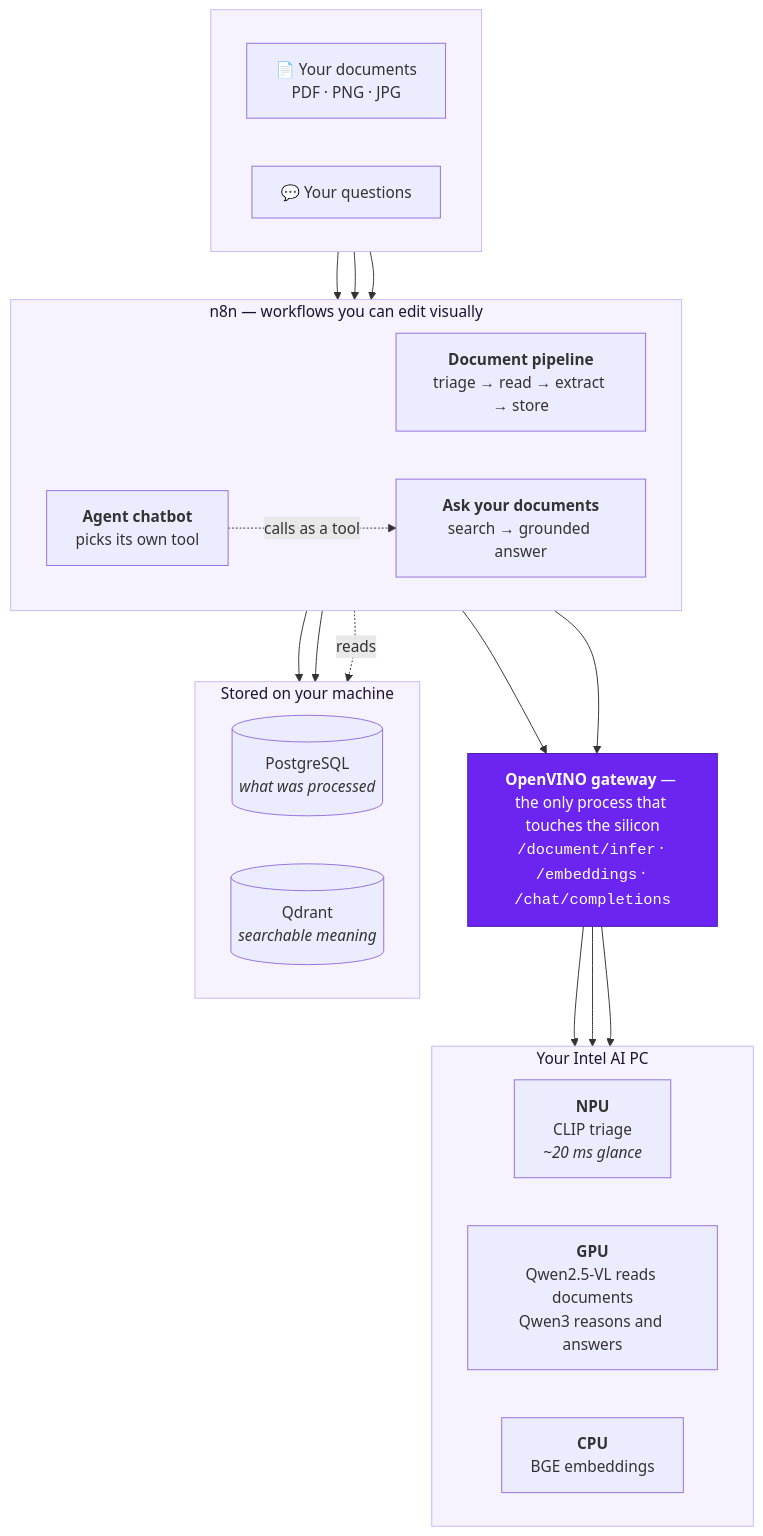
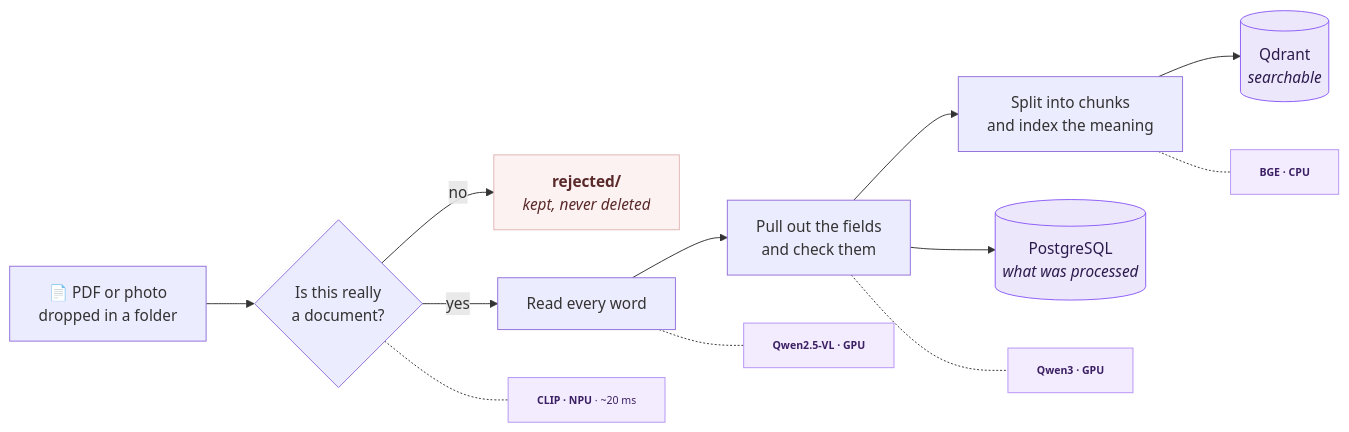
The first of 2 diagrams in README.md (Nandkishore-04/n8n-nodes-openvino), drawn with Mermaid before and after one commit. The commit also changed other lines of this file, not shown here.

Commit message:
Redraw the architecture diagrams
One component map became two journeys - what happens to a document, and
what happens when you ask a question. Reads left to right with no
crossing lines, and shows which chip does each step.

````diff
--- a/README.md
+++ b/README.md
@@ -55,45 +57,22 @@
 ```mermaid
-flowchart TB
-    subgraph you[" "]
-        direction LR
-        DOC["📄 Your documents<br/>PDF · PNG · JPG"]
-        Q["💬 Your questions"]
-    end
+flowchart LR
+    A["📄 PDF or photo<br/>dropped in a folder"] --> B{"Is this really<br/>a document?"}
+    B -->|no| R["<b>rejected/</b><br/><i>kept, never deleted</i>"]
+    B -->|yes| C["Read every word"]
+    C --> D["Pull out the fields<br/>and check them"]
+    D --> E["Split into chunks<br/>and index the meaning"]
+    E --> QD[("Qdrant<br/><i>searchable</i>")]
+    D --> PG[("PostgreSQL<br/><i>what was processed</i>")]
 
-    subgraph n8n["n8n — workflows you can edit visually"]
-        direction LR
-        WF1["<b>Document pipeline</b><br/>triage → read → extract → store"]
-        WF2["<b>Ask your documents</b><br/>search → grounded answer"]
-        AG["<b>Agent chatbot</b><br/>picks its own tool"]
-    end
+    B -.- b1["<b>CLIP · NPU</b> · ~20 ms"]
+    C -.- c1["<b>Qwen2.5-VL · GPU</b>"]
+    D -.- d1["<b>Qwen3 · GPU</b>"]
+    E -.- e1["<b>BGE · CPU</b>"]
 
-    GW["<b>OpenVINO gateway</b> — the only process that touches the silicon<br/><code>/document/infer</code> · <code>/embeddings</code> · <code>/chat/completions</code>"]
-
-    subgraph chips["Your Intel AI PC"]
-        direction LR
-        NPU["<b>NPU</b><br/>CLIP triage<br/><i>~20 ms glance</i>"]
-        GPU["<b>GPU</b><br/>Qwen2.5-VL reads documents<br/>Qwen3 reasons and answers"]
-        CPU["<b>CPU</b><br/>BGE embeddings"]
-    end
-
-    subgraph store["Stored on your machine"]
-        direction LR
-        PG[("PostgreSQL<br/><i>what was processed</i>")]
-        QD[("Qdrant<br/><i>searchable meaning</i>")]
-    end
-
-    DOC --> WF1
-    Q --> WF2
-    Q --> AG
-    AG -.->|calls as a tool| WF2
-    WF1 --> GW
-    WF2 --> GW
-    GW --> NPU & GPU & CPU
-    WF1 --> PG & QD
-    WF2 -.->|reads| QD
-
-    classDef band fill:#f6f3fe,stroke:#c9b8f5,color:#1c1230
-    classDef gw fill:#6c24f0,stroke:#4a17ab,color:#ffffff
-    class n8n,chips,store,you band
-    class GW gw
+    classDef chip fill:#f3ecfe,stroke:#b794f6,color:#3b2063,font-size:11px
+    classDef store fill:#ede7fb,stroke:#8b5cf6,color:#2b1a4d
+    classDef drop fill:#fdf2f2,stroke:#e0b4b4,color:#5a2a2a
+    class b1,c1,d1,e1 chip
+    class QD,PG store
+    class R drop
 ```
````
